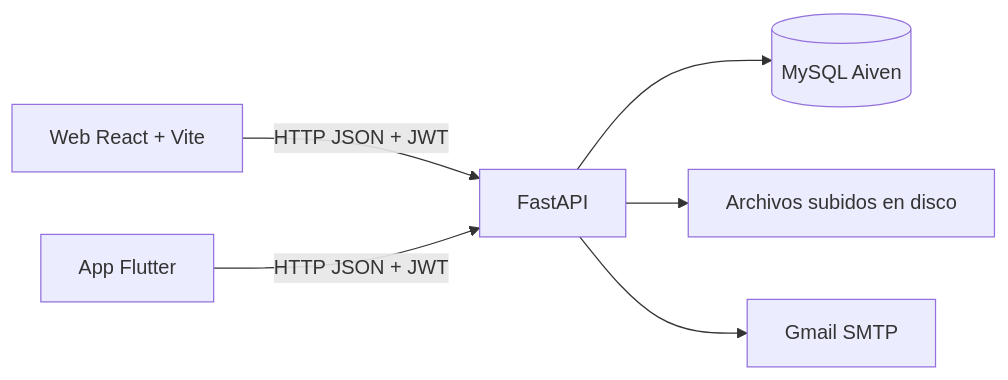
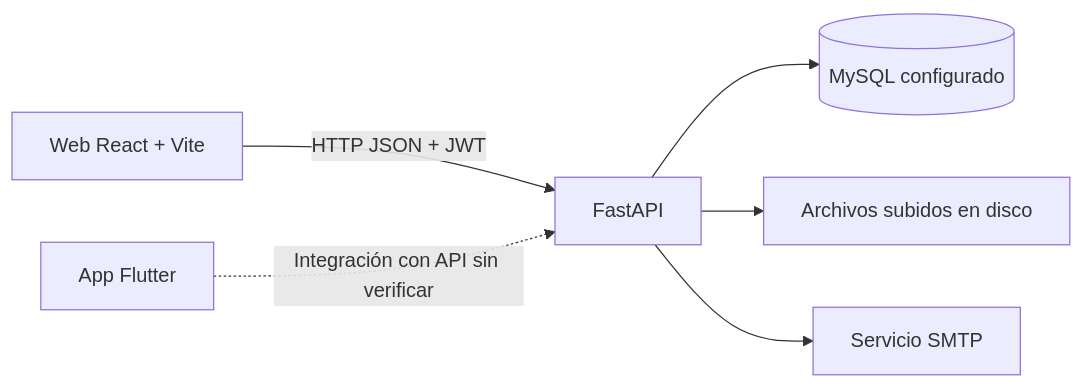
The second of 5 diagrams in diagramas/README.md (Aerxs666/FOCCUS-RF), drawn with Mermaid before and after one commit. The commit also changed other lines of this file and 11 other files, not shown here.

````diff
--- a/diagramas/README.md
+++ b/diagramas/README.md
@@ -25,8 +25,8 @@
 ```mermaid
 flowchart LR
   W[Web React + Vite] -->|HTTP JSON + JWT| API[FastAPI]
-  F[App Flutter] -->|HTTP JSON + JWT| API
-  API --> DB[(MySQL Aiven)]
+  F[App Flutter] -.->|Integración con API sin verificar| API
+  API --> DB[(MySQL configurado)]
   API --> FS[Archivos subidos en disco]
-  API --> SMTP[Gmail SMTP]
+  API --> SMTP[Servicio SMTP]
 ```
````
